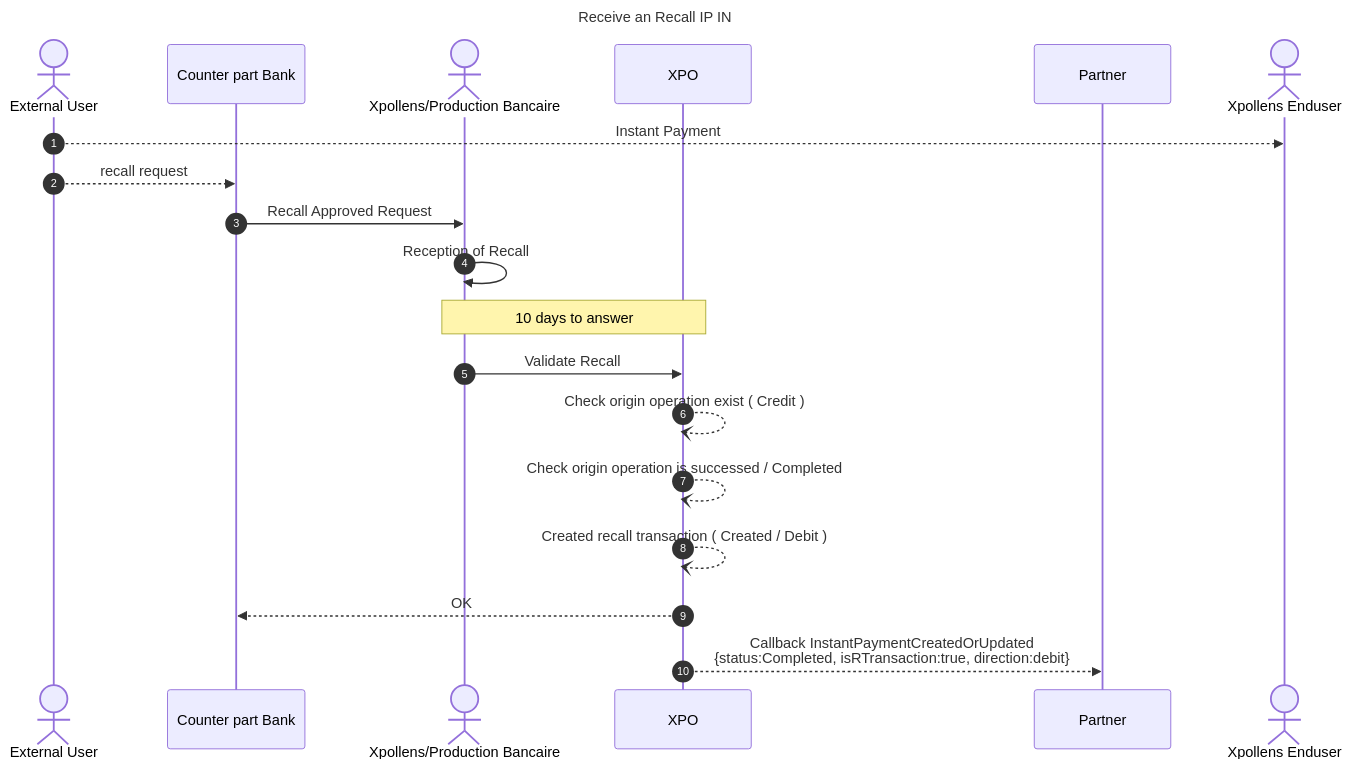
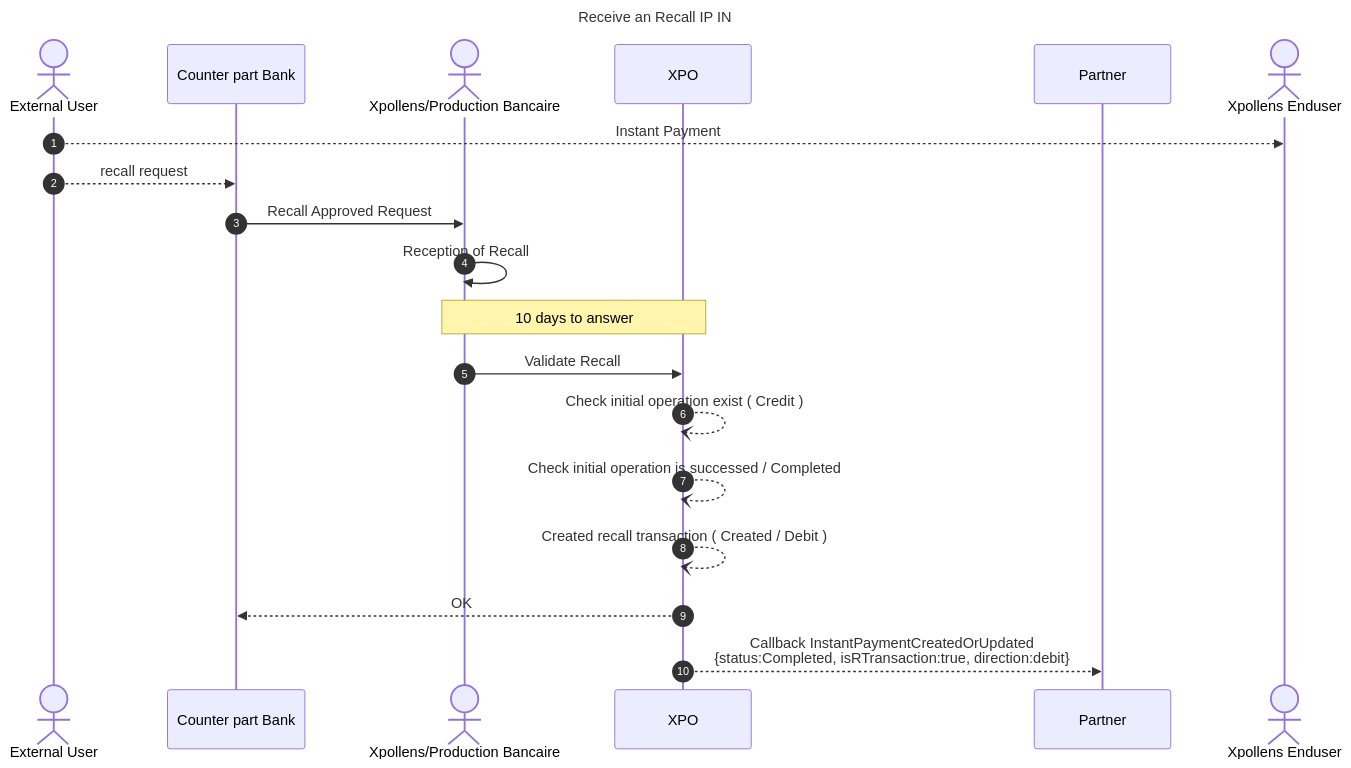
One commit to pomme-clic/s-money-documentation changed the tenth of 11 diagrams in docs/usecases/sepa_transfers/instant_payment.md. Above: the diagram before and after it, drawn with Mermaid. The commit also changed other lines of this file, not shown here.

````diff
--- a/docs/usecases/sepa_transfers/instant_payment.md
+++ b/docs/usecases/sepa_transfers/instant_payment.md
@@ -333,27 +336,28 @@
 ```mermaid
 sequenceDiagram
 Title: Receive an Recall IP IN
 autoNumber
 Actor External User
 Participant Counter part Bank
 Actor Xpollens/Production Bancaire
 Participant XPO
 Participant Partner
 Actor Xpollens Enduser
 
 External User -->> Xpollens Enduser: Instant Payment
 External User -->> Counter part Bank: recall request
 Counter part Bank  ->> Xpollens/Production Bancaire : Recall Approved Request
 Xpollens/Production Bancaire ->> Xpollens/Production Bancaire : Reception of Recall
 Note over Xpollens/Production Bancaire, XPO: 10 days to answer
 Xpollens/Production Bancaire ->> XPO  : Validate Recall
 
-XPO --) XPO : Check origin operation exist ( Credit )
-XPO --) XPO : Check origin operation is successed / Completed
+XPO --) XPO : Check initial operation exist ( Credit )
+XPO --) XPO : Check initial operation is successed / Completed
 XPO --) XPO :Created recall transaction ( Created / Debit )
 XPO -->> Counter part Bank: OK
 XPO -->> Partner : Callback InstantPaymentCreatedOrUpdated  <br/> {status:Completed, isRTransaction:true, direction:debit}
 
 
 
+
 ```
````
